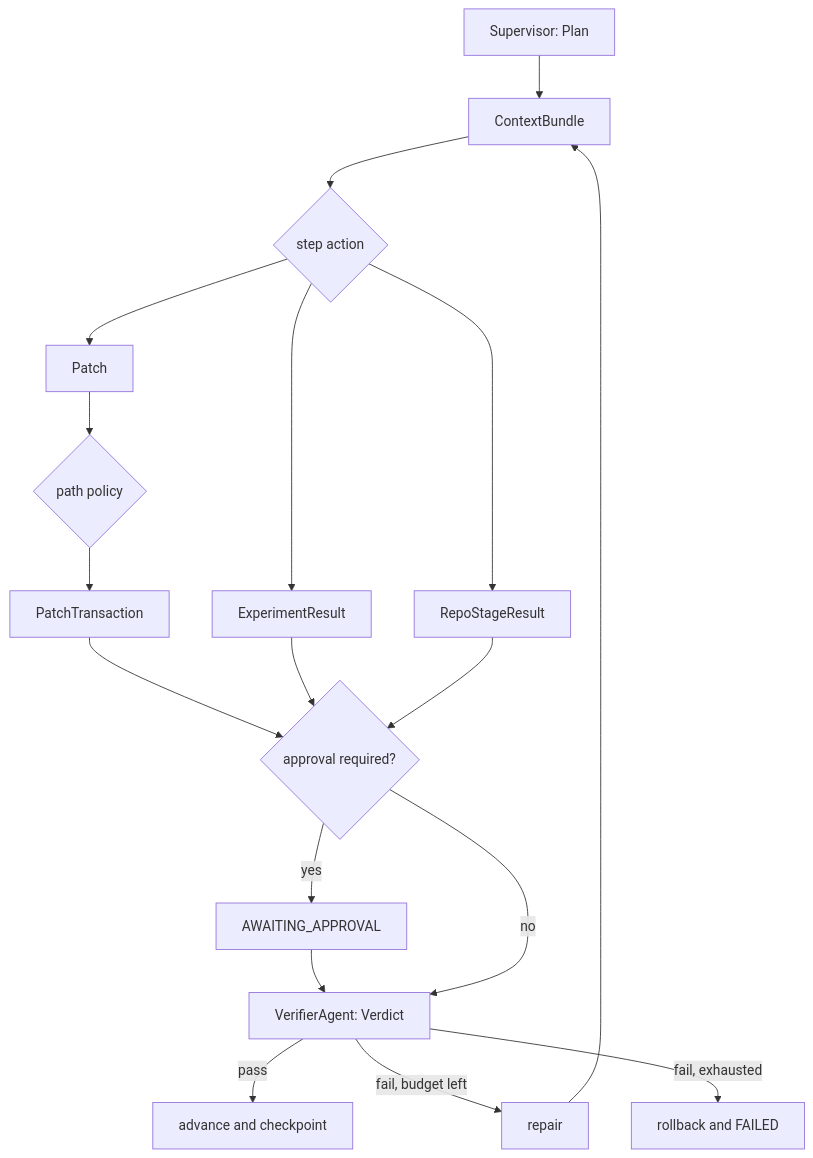
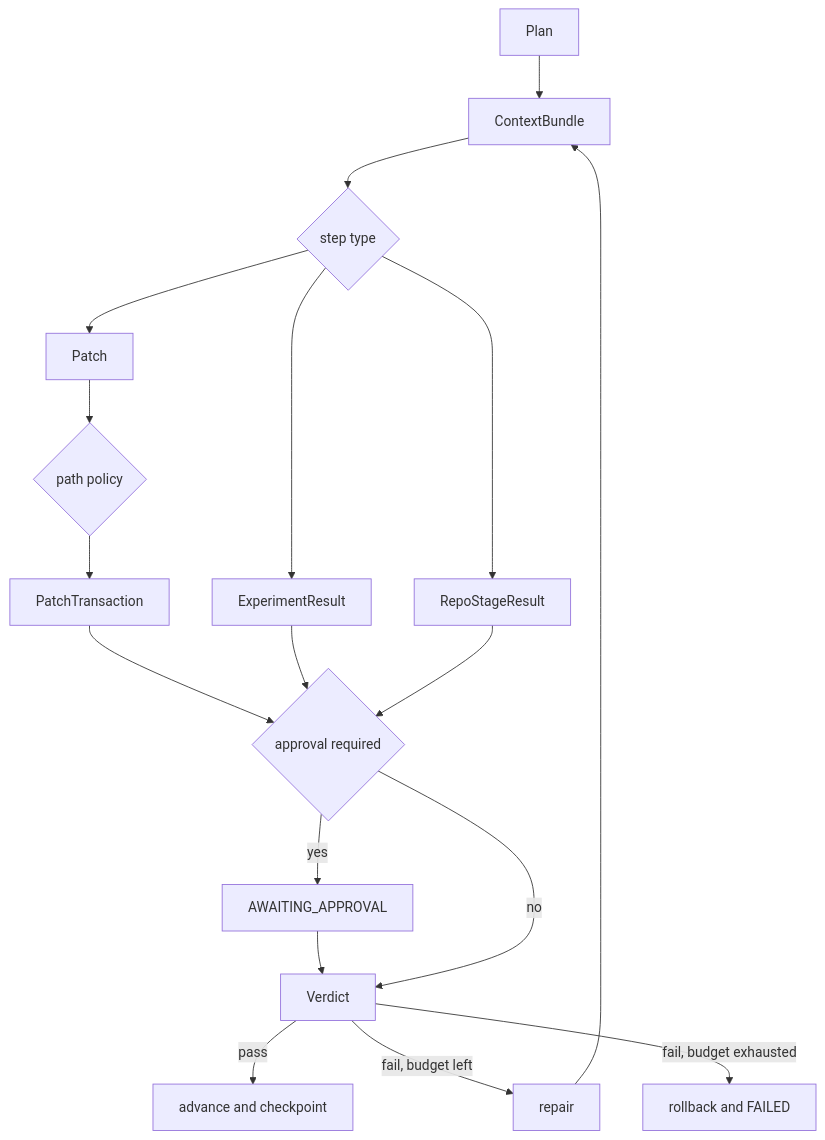
One commit to liuqjjin/long-horizon-agent changed the first of 2 diagrams in docs/ARCHITECTURE.md. Above: the diagram before and after it, drawn with Mermaid. The commit also changed other lines of this file and 15 other files, not shown here.

````diff
--- a/docs/ARCHITECTURE.md
+++ b/docs/ARCHITECTURE.md
@@ -28,20 +27,20 @@
 ```mermaid
 flowchart TD
-    PLAN["Supervisor: Plan"] --> CTX["ContextBundle"]
-    CTX --> EXEC{"step action"}
-    EXEC --> PATCH["Patch"]
-    EXEC --> EXP["ExperimentResult"]
-    EXEC --> STAGE["RepoStageResult"]
+    PLAN["Plan"] --> CONTEXT["ContextBundle"]
+    CONTEXT --> EXECUTE{"step type"}
+    EXECUTE --> PATCH["Patch"]
+    EXECUTE --> EXPERIMENT["ExperimentResult"]
+    EXECUTE --> STAGE["RepoStageResult"]
     PATCH --> POLICY{"path policy"}
     POLICY --> TX["PatchTransaction"]
-    TX --> APPROVE{"approval required?"}
-    EXP --> APPROVE
-    STAGE --> APPROVE
-    APPROVE -- "yes" --> PAUSE["AWAITING_APPROVAL"]
-    PAUSE --> VERIFY
-    APPROVE -- "no" --> VERIFY["VerifierAgent: Verdict"]
-    VERIFY -- "pass" --> ADVANCE["advance and checkpoint"]
+    TX --> APPROVAL{"approval required"}
+    EXPERIMENT --> APPROVAL
+    STAGE --> APPROVAL
+    APPROVAL -- "yes" --> PAUSE["AWAITING_APPROVAL"]
+    PAUSE --> VERIFY["Verdict"]
+    APPROVAL -- "no" --> VERIFY
+    VERIFY -- "pass" --> NEXT["advance and checkpoint"]
     VERIFY -- "fail, budget left" --> REPAIR["repair"]
-    VERIFY -- "fail, exhausted" --> REVERT["rollback and FAILED"]
-    REPAIR --> CTX
+    VERIFY -- "fail, budget exhausted" --> ROLLBACK["rollback and FAILED"]
+    REPAIR --> CONTEXT
 ```
````
